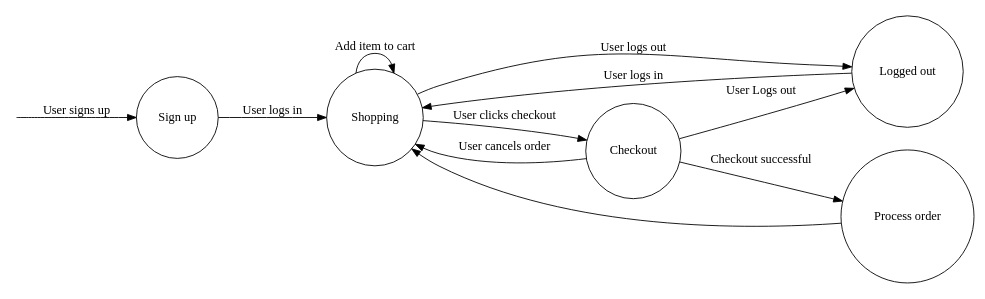
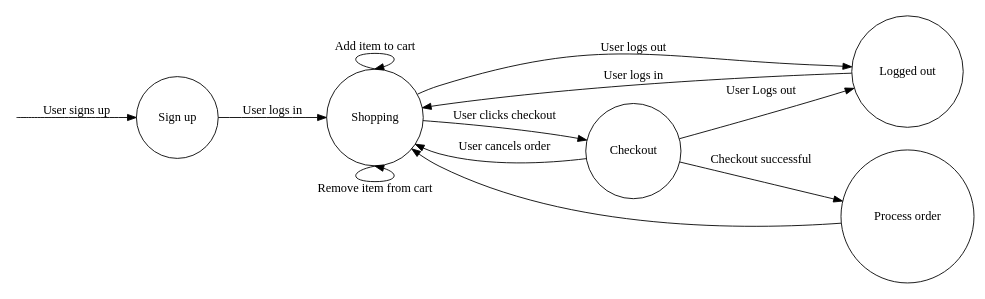
One commit to Arunscape/ECE322 changed the diagram in assignments/Assignment2/eshopping.dot. Above: the diagram before and after it, drawn with Graphviz. The commit also changed 3 other files, not shown here.

```diff
--- a/assignments/Assignment2/eshopping.dot
+++ b/assignments/Assignment2/eshopping.dot
@@ -1,19 +1,21 @@
 digraph eshopping {
 rankdir=LR;
-size="8,5"
+size="8,5";
+overlap=false;
 // node [shape = doublecircle];
 node [shape = circle];
 begin [label= "", shape=none,height=.0,width=.0];
 begin -> "Sign up" [label = "User signs up"];
 "Sign up" -> "Shopping" [label = "User logs in"];
 "Logged out" -> Shopping [ label = "User logs in" ];
-Shopping -> Shopping [label = "Add item to cart"];
+Shopping:n -> Shopping:n [label = "Add item to cart"];
+Shopping:s -> Shopping:s [label = "Remove item from cart"];
 Shopping -> Checkout [label = "User clicks checkout"];
 Shopping -> "Logged out" [label = "User logs out"];
 Checkout -> Shopping [label = "User cancels order"];
 Checkout -> "Logged out" [label = "User Logs out"];
 Checkout -> "Process order" [label = "Checkout successful"];
 "Process order" -> "Shopping";
 
 
 }
```
